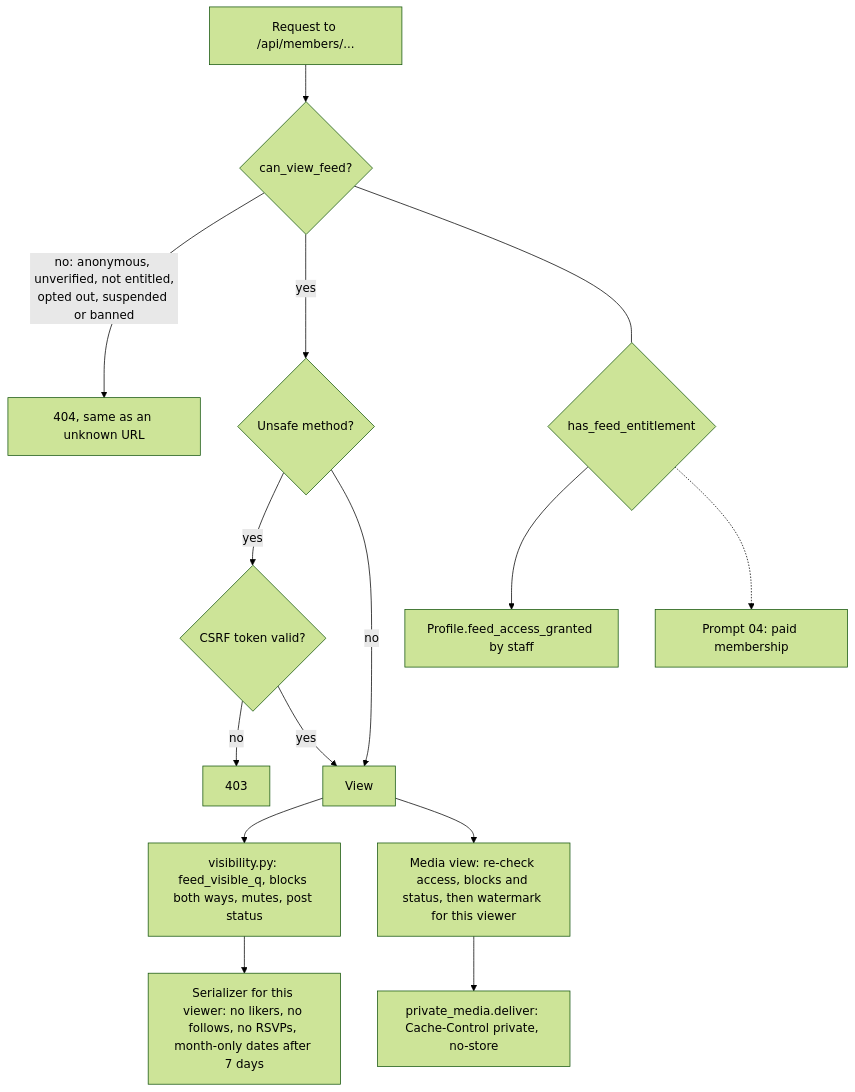
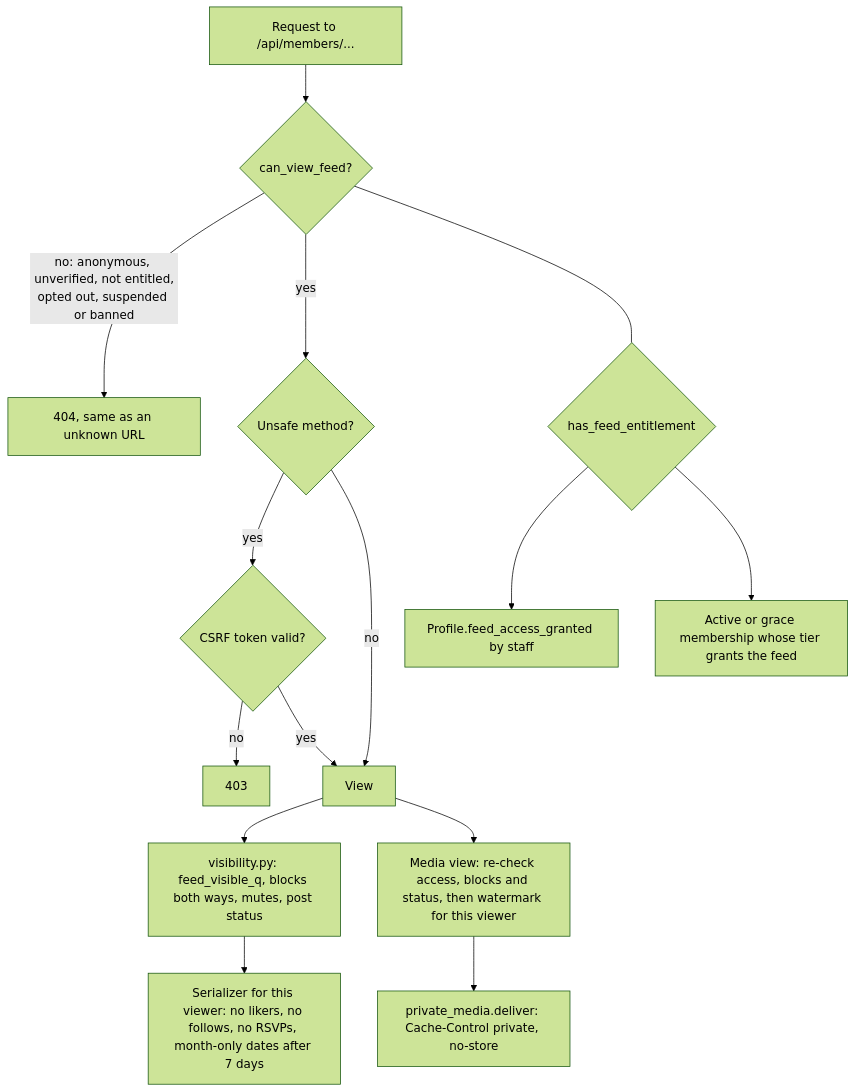
The first of 4 diagrams in docs/architecture.md (degarmo/rose), drawn with Mermaid (forest theme) before and after one commit. The commit also changed other lines of this file and 5 other files, not shown here.

````diff
--- a/docs/architecture.md
+++ b/docs/architecture.md
@@ -70,18 +78,18 @@
 ```mermaid
 flowchart TD
     R[Request to /api/members/...] --> A{can_view_feed?}
     A -- "no: anonymous, unverified, not entitled,\nopted out, suspended or banned" --> N[404, same as an unknown URL]
     A -- yes --> C{Unsafe method?}
     C -- yes --> X{CSRF token valid?}
     X -- no --> F[403]
     X -- yes --> V
     C -- no --> V[View]
     V --> Q[visibility.py: feed_visible_q, blocks both ways, mutes, post status]
     Q --> S[Serializer for this viewer: no likers, no follows, no RSVPs, month-only dates after 7 days]
     V --> M[Media view: re-check access, blocks and status, then watermark for this viewer]
     M --> P[private_media.deliver: Cache-Control private, no-store]
 
     E{has_feed_entitlement} --> G[Profile.feed_access_granted by staff]
-    E -.-> H[Prompt 04: paid membership]
+    E --> H[Active or grace membership whose tier grants the feed]
     A --- E
 ```
````
